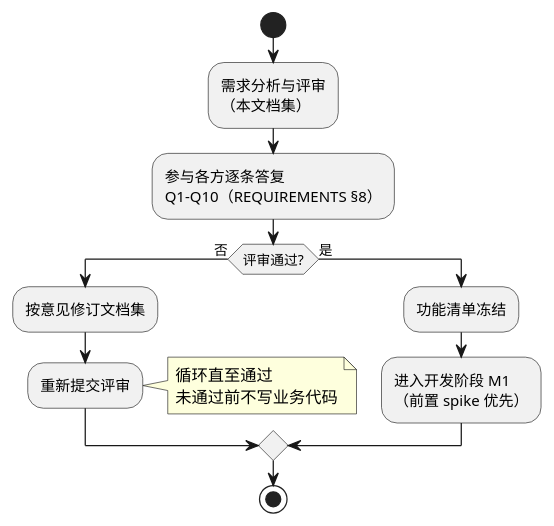
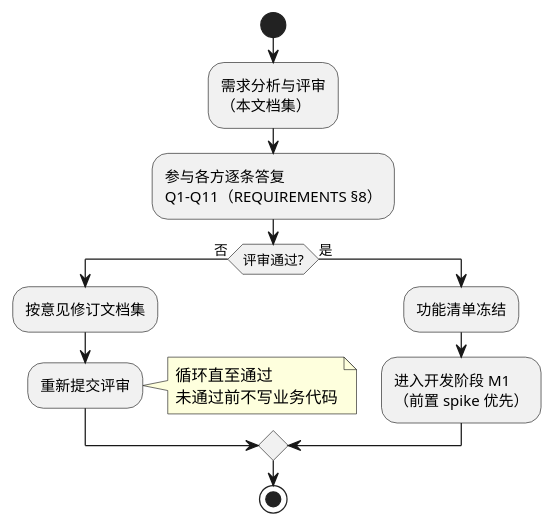
One commit to tangfire/ideaseek changed the diagram in docs/web-console/PLAN.md. Above: the diagram before and after it, drawn with PlantUML. The commit also changed other lines of this file and 5 other files, not shown here.

````diff
--- a/docs/web-console/PLAN.md
+++ b/docs/web-console/PLAN.md
@@ -246,16 +253,16 @@
 ```plantuml
 @startuml
 start
 :需求分析与评审\n（本文档集）;
-:参与各方逐条答复\nQ1–Q10（REQUIREMENTS §8）;
+:参与各方逐条答复\nQ1–Q11（REQUIREMENTS §8）;
 if (评审通过?) then (否)
   :按意见修订文档集;
   :重新提交评审;
   note right: 循环直至通过\n未通过前不写业务代码
 else (是)
   :功能清单冻结;
   :进入开发阶段 M1\n（前置 spike 优先）;
 end if
 stop
 @enduml
 ```
````
